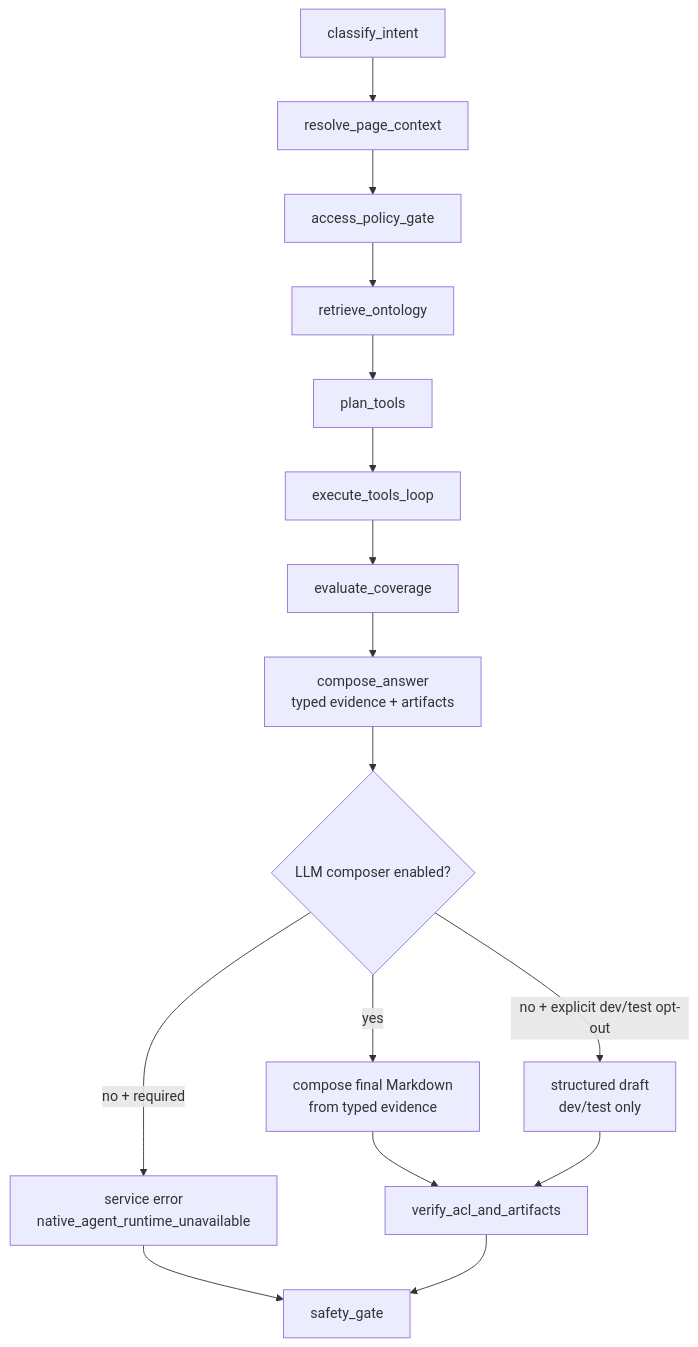
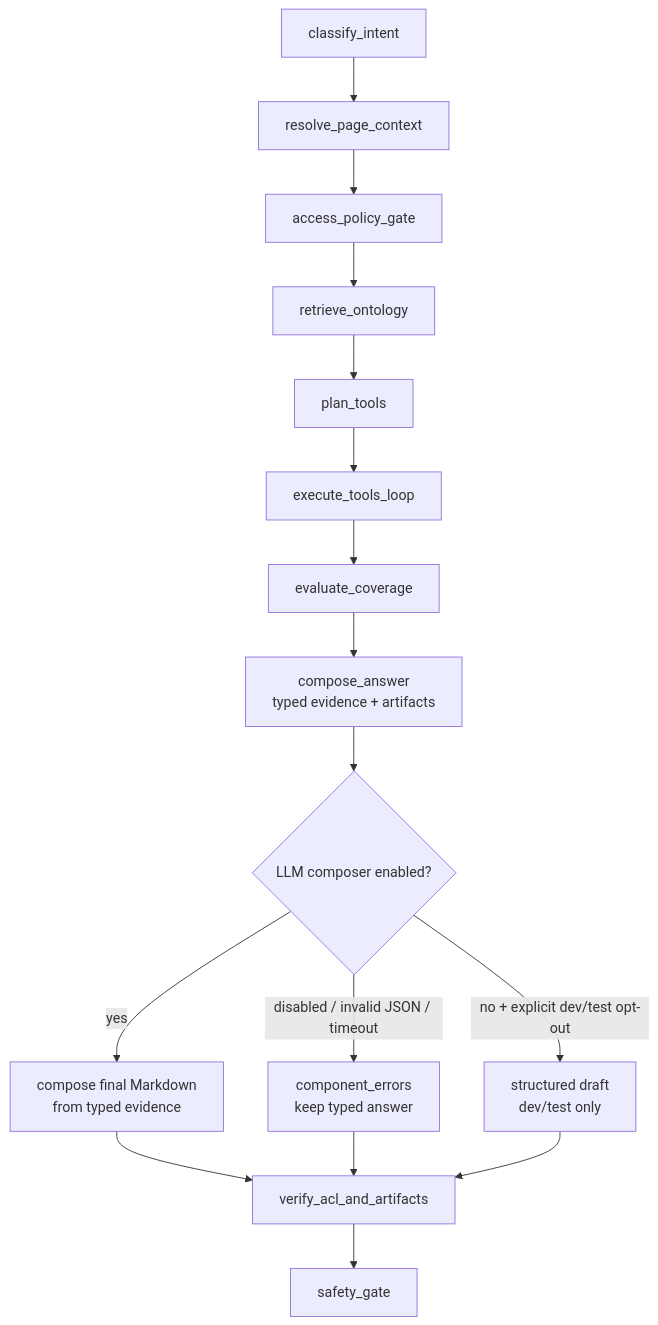
Before and after one commit to chokukil/boi-wiki: the first of 2 diagrams in data/boi/public/boi-wiki-manual/agent/native-boi-agent-tool-loop.md, drawn with Mermaid. The commit also changed other lines of this file and 99 other files, not shown here.

````diff
--- a/data/boi/public/boi-wiki-manual/agent/native-boi-agent-tool-loop.md
+++ b/data/boi/public/boi-wiki-manual/agent/native-boi-agent-tool-loop.md
@@ -34,18 +34,18 @@
 ```mermaid
 flowchart TD
   A["classify_intent"] --> B["resolve_page_context"]
   B --> ACL["access_policy_gate"]
   ACL --> C["retrieve_ontology"]
   C --> D["plan_tools"]
   D --> E["execute_tools_loop"]
   E --> F["evaluate_coverage"]
   F --> G["compose_answer<br/>typed evidence + artifacts"]
   G --> LC{"LLM composer enabled?"}
   LC -->|yes| LLM["compose final Markdown<br/>from typed evidence"]
-  LC -->|no + required| ERR["service error<br/>native_agent_runtime_unavailable"]
+  LC -->|disabled / invalid JSON / timeout| ERR["component_errors<br/>keep typed answer"]
   LC -->|no + explicit dev/test opt-out| DET["structured draft<br/>dev/test only"]
   LLM --> H["verify_acl_and_artifacts"]
+  ERR --> H
   DET --> H
-  ERR --> I
   H --> I["safety_gate"]
 ```
````
